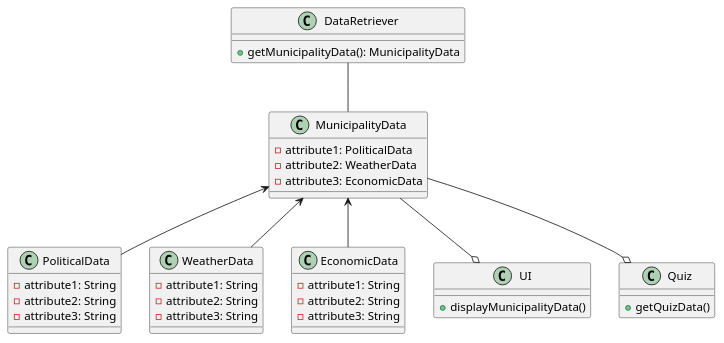
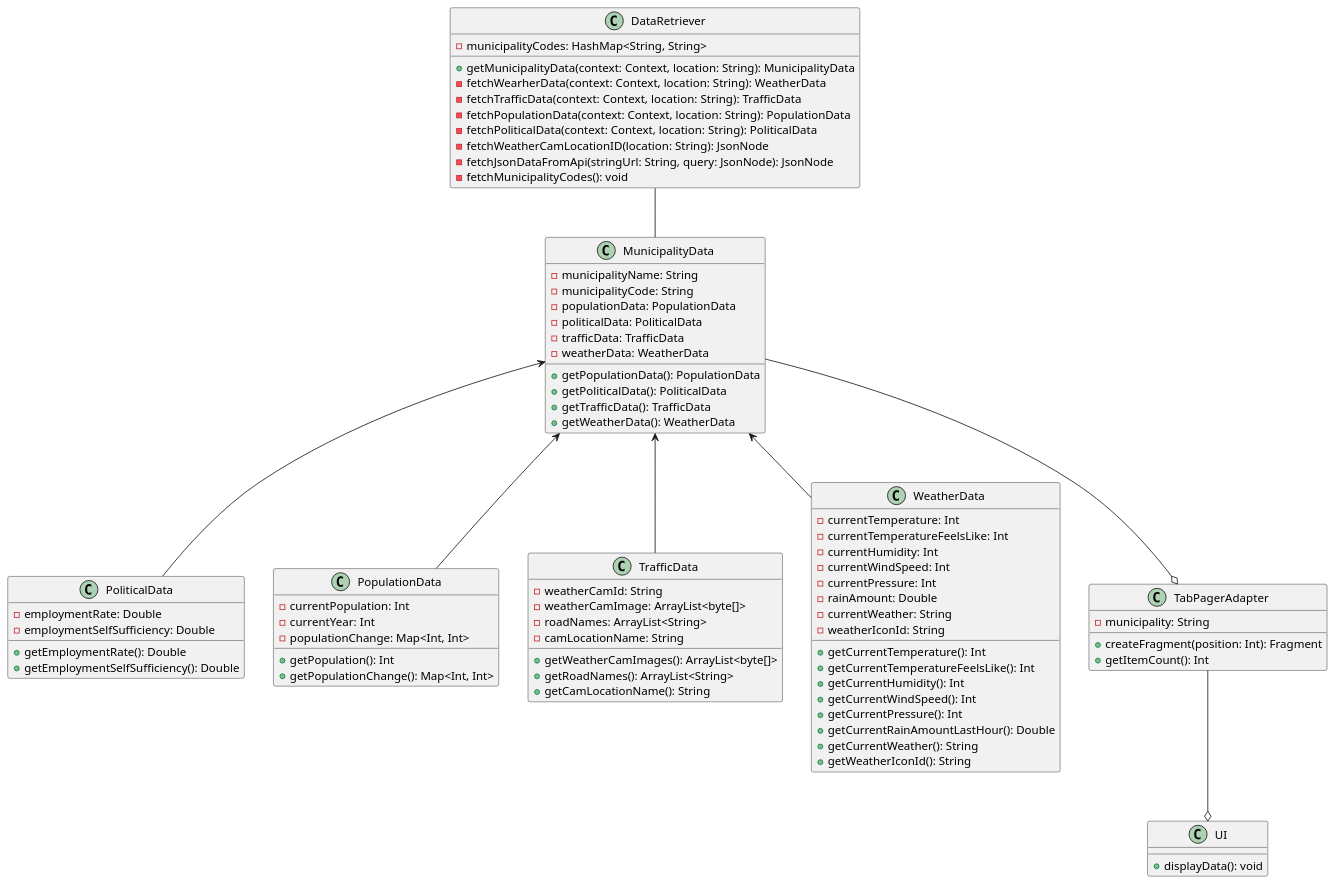
The diagram in classdiagram.puml (arnotoro/Kuntaskanneri), drawn with PlantUML before and after one commit. The commit also changed 14 other files, not shown here.

```diff
--- a/classdiagram.puml
+++ b/classdiagram.puml
@@ -1,46 +1,92 @@
 @startuml
 
 class MunicipalityData {
-    - attribute1: PoliticalData
-    - attribute2: WeatherData
-    - attribute3: EconomicData
+    - municipalityName: String
+    - municipalityCode: String
+    - populationData: PopulationData
+    - politicalData: PoliticalData
+    - trafficData: TrafficData
+    - weatherData: WeatherData
+    + getPopulationData(): PopulationData
+    + getPoliticalData(): PoliticalData
+    + getTrafficData(): TrafficData
+    + getWeatherData(): WeatherData
 }
 
 class PoliticalData {
-    - attribute1: String
-    - attribute2: String
-    - attribute3: String
+    - employmentRate: Double
+    - employmentSelfSufficiency: Double
+    + getEmploymentRate(): Double
+    + getEmploymentSelfSufficiency(): Double
+}
+
+class PopulationData {
+    - currentPopulation: Int
+    - currentYear: Int
+    - populationChange: Map<Int, Int>
+    + getPopulation(): Int
+    + getPopulationChange(): Map<Int, Int>
+}
+
+class TrafficData {
+    - weatherCamId: String
+    - weatherCamImage: ArrayList<byte[]>
+    - roadNames: ArrayList<String>
+    - camLocationName: String
+    + getWeatherCamImages(): ArrayList<byte[]>
+    + getRoadNames(): ArrayList<String>
+    + getCamLocationName(): String
 }
 
 class WeatherData {
-    - attribute1: String
-    - attribute2: String
-    - attribute3: String
-}
-
-class EconomicData {
-    - attribute1: String
-    - attribute2: String
-    - attribute3: String
+    - currentTemperature: Int
+    - currentTemperatureFeelsLike: Int
+    - currentHumidity: Int
+    - currentWindSpeed: Int
+    - currentPressure: Int
+    - rainAmount: Double
+    - currentWeather: String
+    - weatherIconId: String
+    + getCurrentTemperature(): Int
+    + getCurrentTemperatureFeelsLike(): Int
+    + getCurrentHumidity(): Int
+    + getCurrentWindSpeed(): Int
+    + getCurrentPressure(): Int
+    + getCurrentRainAmountLastHour(): Double
+    + getCurrentWeather(): String
+    + getWeatherIconId(): String
 }
 
 class DataRetriever {
-    + getMunicipalityData(): MunicipalityData
+    - municipalityCodes: HashMap<String, String>
+    + getMunicipalityData(context: Context, location: String): MunicipalityData
+    - fetchWearherData(context: Context, location: String): WeatherData
+    - fetchTrafficData(context: Context, location: String): TrafficData
+    - fetchPopulationData(context: Context, location: String): PopulationData
+    - fetchPoliticalData(context: Context, location: String): PoliticalData
+    - fetchWeatherCamLocationID(location: String): JsonNode
+    - fetchJsonDataFromApi(stringUrl: String, query: JsonNode): JsonNode
+    - fetchMunicipalityCodes(): void
 }
 
 class UI {
-    + displayMunicipalityData()
+    + displayData(): void
 }
 
-class Quiz {
-    + getQuizData()
+class TabPagerAdapter {
+    - municipality: String
+    + createFragment(position: Int): Fragment
+    + getItemCount(): Int
 }
+
+
 
 DataRetriever -- MunicipalityData
 MunicipalityData <-- PoliticalData
 MunicipalityData <-- WeatherData
-MunicipalityData <-- EconomicData
-MunicipalityData --o UI
-MunicipalityData --o Quiz
+MunicipalityData <-- TrafficData
+MunicipalityData <-- PopulationData
+MunicipalityData --o TabPagerAdapter
+TabPagerAdapter --o UI
 
 @enduml
```
